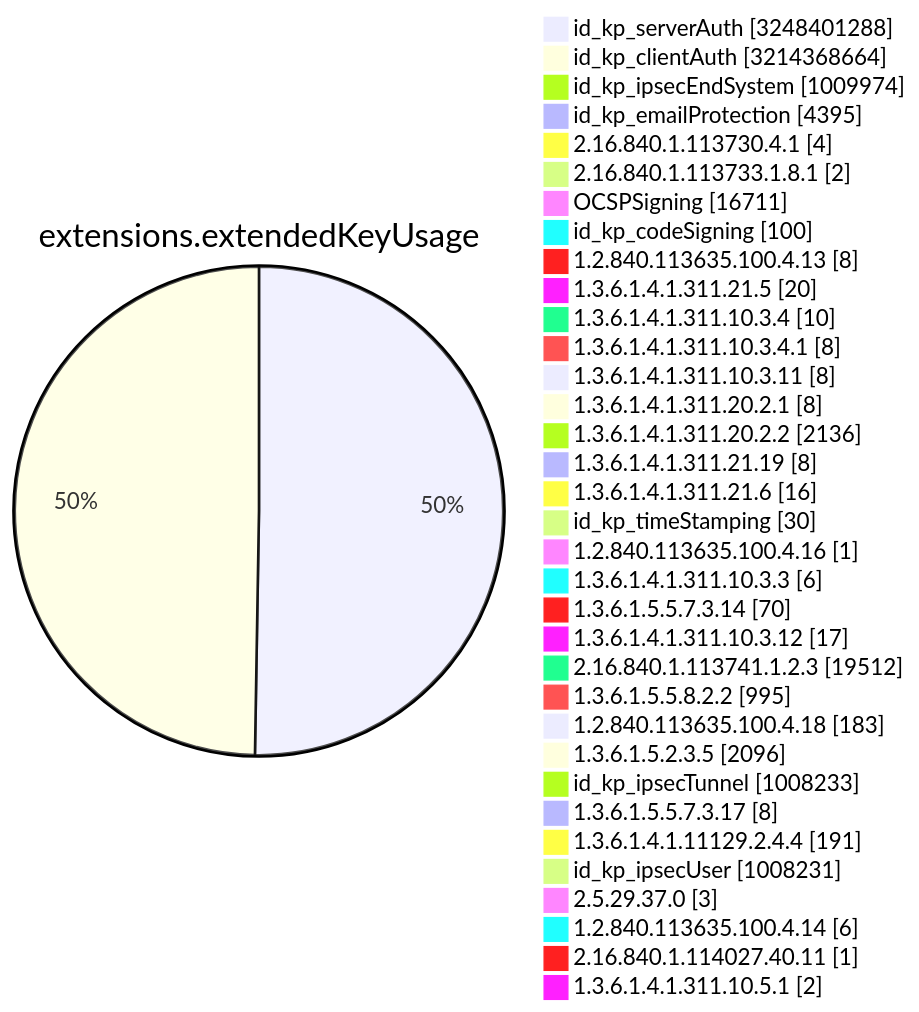
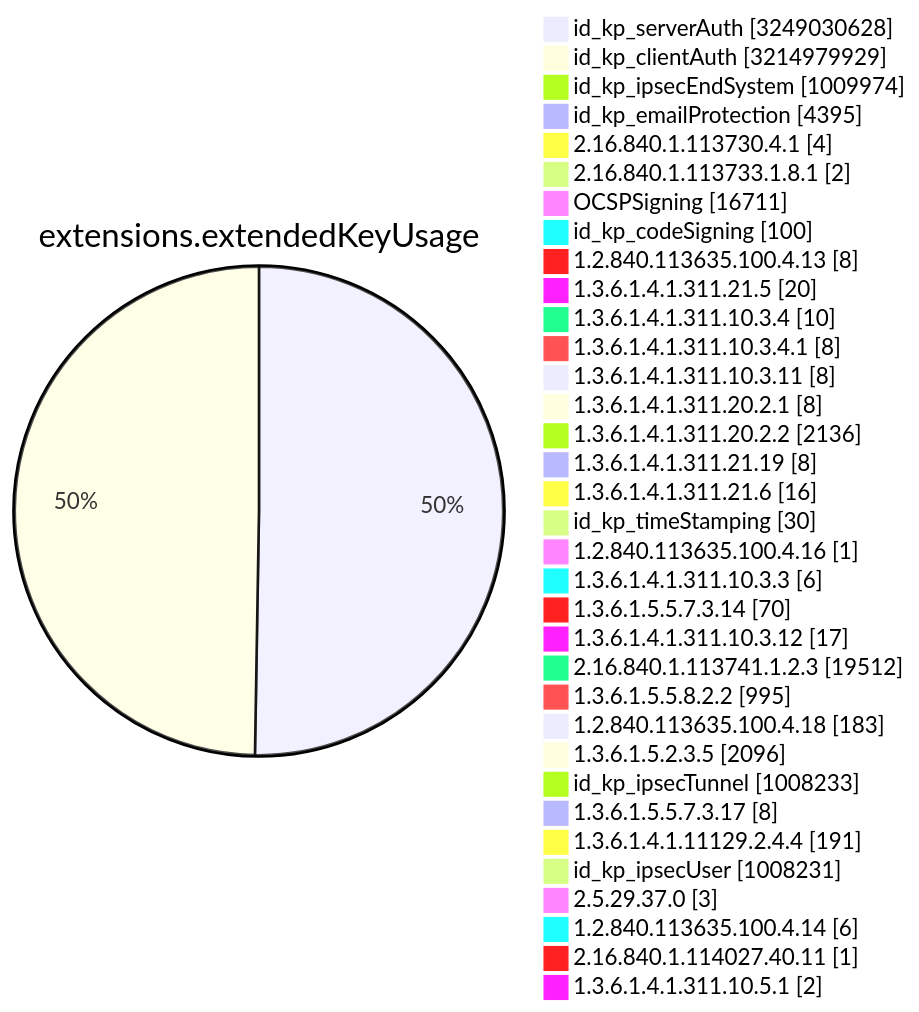
Diagram 11 of 15 in TOTAL/README.md (christiankrug/ctmonitor_visualization), drawn with Mermaid before and after one commit. The commit also changed other lines of this file, not shown here.

````diff
--- a/TOTAL/README.md
+++ b/TOTAL/README.md
@@ -4119,38 +4119,38 @@
 ```mermaid
 pie showData
 title extensions.extendedKeyUsage
-"id_kp_serverAuth" :3248401288
-"id_kp_clientAuth" :3214368664
+"id_kp_serverAuth" :3249030628
+"id_kp_clientAuth" :3214979929
 "id_kp_ipsecEndSystem" :1009974
 "id_kp_emailProtection" :4395
 "2.16.840.1.113730.4.1" :4
 "2.16.840.1.113733.1.8.1" :2
 "OCSPSigning" :16711
 "id_kp_codeSigning" :100
 "1.2.840.113635.100.4.13" :8
 "1.3.6.1.4.1.311.21.5" :20
 "1.3.6.1.4.1.311.10.3.4" :10
 "1.3.6.1.4.1.311.10.3.4.1" :8
 "1.3.6.1.4.1.311.10.3.11" :8
 "1.3.6.1.4.1.311.20.2.1" :8
 "1.3.6.1.4.1.311.20.2.2" :2136
 "1.3.6.1.4.1.311.21.19" :8
 "1.3.6.1.4.1.311.21.6" :16
 "id_kp_timeStamping" :30
 "1.2.840.113635.100.4.16" :1
 "1.3.6.1.4.1.311.10.3.3" :6
 "1.3.6.1.5.5.7.3.14" :70
 "1.3.6.1.4.1.311.10.3.12" :17
 "2.16.840.1.113741.1.2.3" :19512
 "1.3.6.1.5.5.8.2.2" :995
 "1.2.840.113635.100.4.18" :183
 "1.3.6.1.5.2.3.5" :2096
 "id_kp_ipsecTunnel" :1008233
 "1.3.6.1.5.5.7.3.17" :8
 "1.3.6.1.4.1.11129.2.4.4" :191
 "id_kp_ipsecUser" :1008231
 "2.5.29.37.0" :3
 "1.2.840.113635.100.4.14" :6
 "2.16.840.1.114027.40.11" :1
 "1.3.6.1.4.1.311.10.5.1" :2
 ```
````
